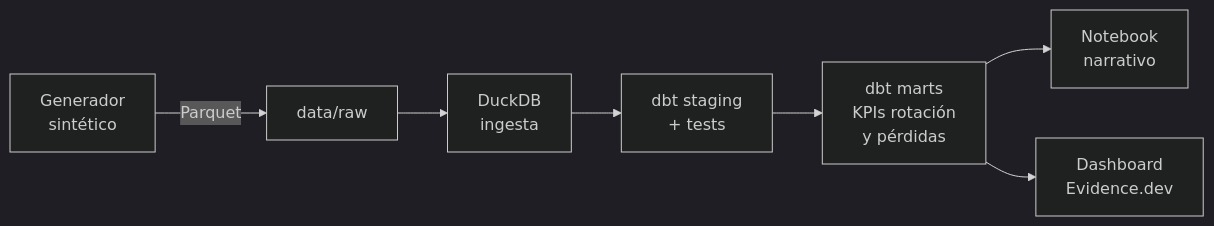
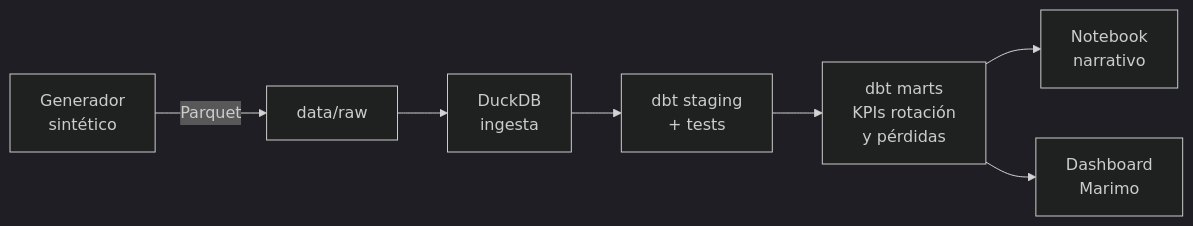
The diagram in README.md (juancarlospradologistica-hub/returnable-packaging-intelligence), drawn with Mermaid (dark theme) before and after one commit. The commit also changed other lines of this file, not shown here.

````diff
--- a/README.md
+++ b/README.md
@@ -31,9 +32,9 @@
 ```mermaid
 flowchart LR
     A[Generador<br/>sintético] -->|Parquet| B[data/raw]
     B --> C[DuckDB<br/>ingesta]
     C --> D[dbt staging<br/>+ tests]
     D --> E[dbt marts<br/>KPIs rotación<br/>y pérdidas]
     E --> F[Notebook<br/>narrativo]
-    E --> G[Dashboard<br/>Evidence.dev]
+    E --> G[Dashboard<br/>Marimo]
 ```
````
